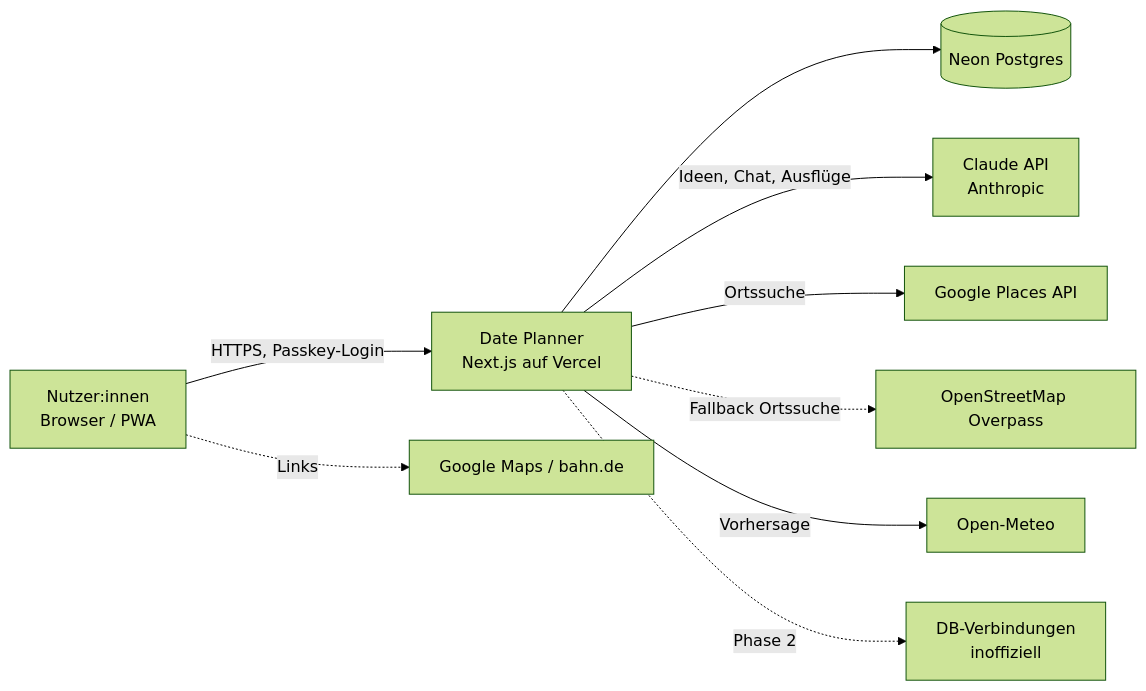
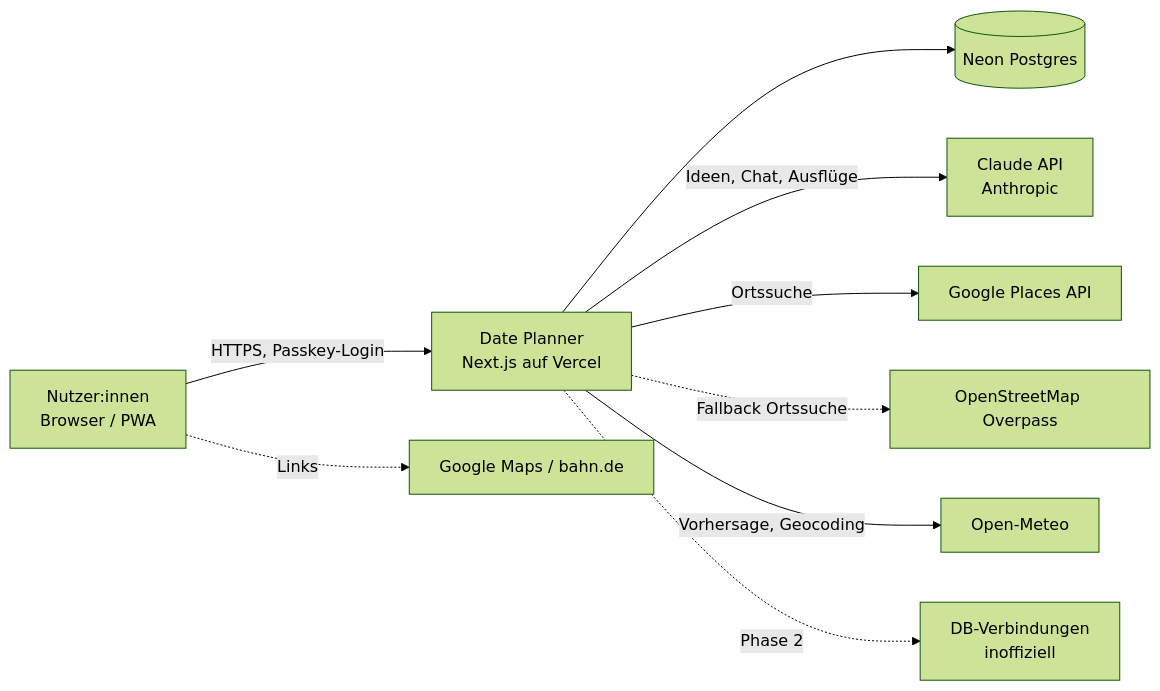
The diagram in docs/arc42/03-kontextabgrenzung.md (kebrob/date-planner), drawn with Mermaid (forest theme) before and after one commit. The commit also changed other lines of this file and 36 other files, not shown here.

````diff
--- a/docs/arc42/03-kontextabgrenzung.md
+++ b/docs/arc42/03-kontextabgrenzung.md
@@ -3,11 +3,11 @@
 ```mermaid
 flowchart LR
     U[Nutzer:innen<br/>Browser / PWA] -->|HTTPS, Passkey-Login| APP[Date Planner<br/>Next.js auf Vercel]
     APP --> DB[(Neon Postgres)]
     APP -->|Ideen, Chat, Ausflüge| CLAUDE[Claude API<br/>Anthropic]
     APP -->|Ortssuche| GP[Google Places API]
     APP -.->|Fallback Ortssuche| OSM[OpenStreetMap Overpass]
-    APP -->|Vorhersage| OM[Open-Meteo]
+    APP -->|Vorhersage, Geocoding| OM[Open-Meteo]
     APP -.->|Phase 2| DBV[DB-Verbindungen<br/>inoffiziell]
     U -.->|Links| GM[Google Maps / bahn.de]
 ```
````
